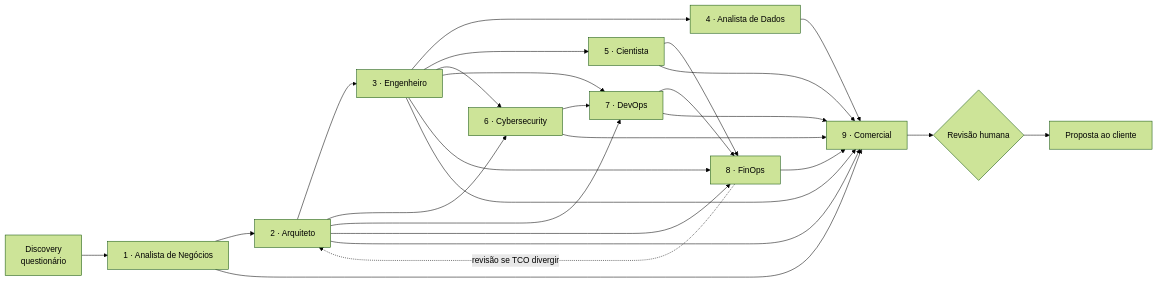
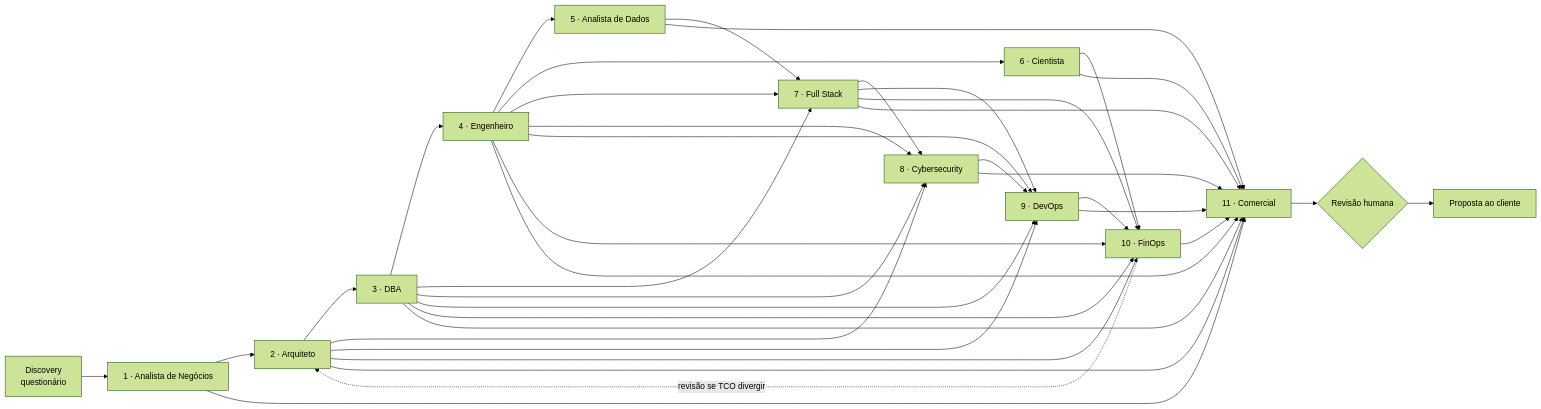
One commit to Guigarciarosa/gi changed the diagram in plataforma-dados/agentes/orquestrador/AGENT.md. Above: the diagram before and after it, drawn with Mermaid (forest theme). The commit also changed other lines of this file and 69 other files, not shown here.

First line of the commit message:
Agentes DBA e Full Stack, base de conhecimento de SGBDs e calculadora de preços

````diff
--- a/plataforma-dados/agentes/orquestrador/AGENT.md
+++ b/plataforma-dados/agentes/orquestrador/AGENT.md
@@ -8,15 +8,17 @@
 ```mermaid
 flowchart LR
   D[Discovery<br/>questionário] --> N[1 · Analista de Negócios]
   N --> A[2 · Arquiteto]
-  A --> E[3 · Engenheiro]
-  E --> AD[4 · Analista de Dados]
-  E --> C[5 · Cientista]
-  A & E --> CY[6 · Cybersecurity]
-  A & E & CY --> DO[7 · DevOps]
-  A & E & DO & C --> F[8 · FinOps]
+  A --> DB[3 · DBA]
+  DB --> E[4 · Engenheiro]
+  E --> AD[5 · Analista de Dados]
+  E --> C[6 · Cientista]
+  DB & E & AD --> FS[7 · Full Stack]
+  A & DB & E & FS --> CY[8 · Cybersecurity]
+  A & DB & E & FS & CY --> DO[9 · DevOps]
+  A & DB & E & FS & DO & C --> F[10 · FinOps]
   F -. revisão se TCO divergir .-> A
-  N & A & E & AD & C & CY & DO & F --> CO[9 · Comercial]
+  N & A & DB & E & AD & C & FS & CY & DO & F --> CO[11 · Comercial]
   CO --> H{Revisão humana}
   H --> P[Proposta ao cliente]
 ```
````
